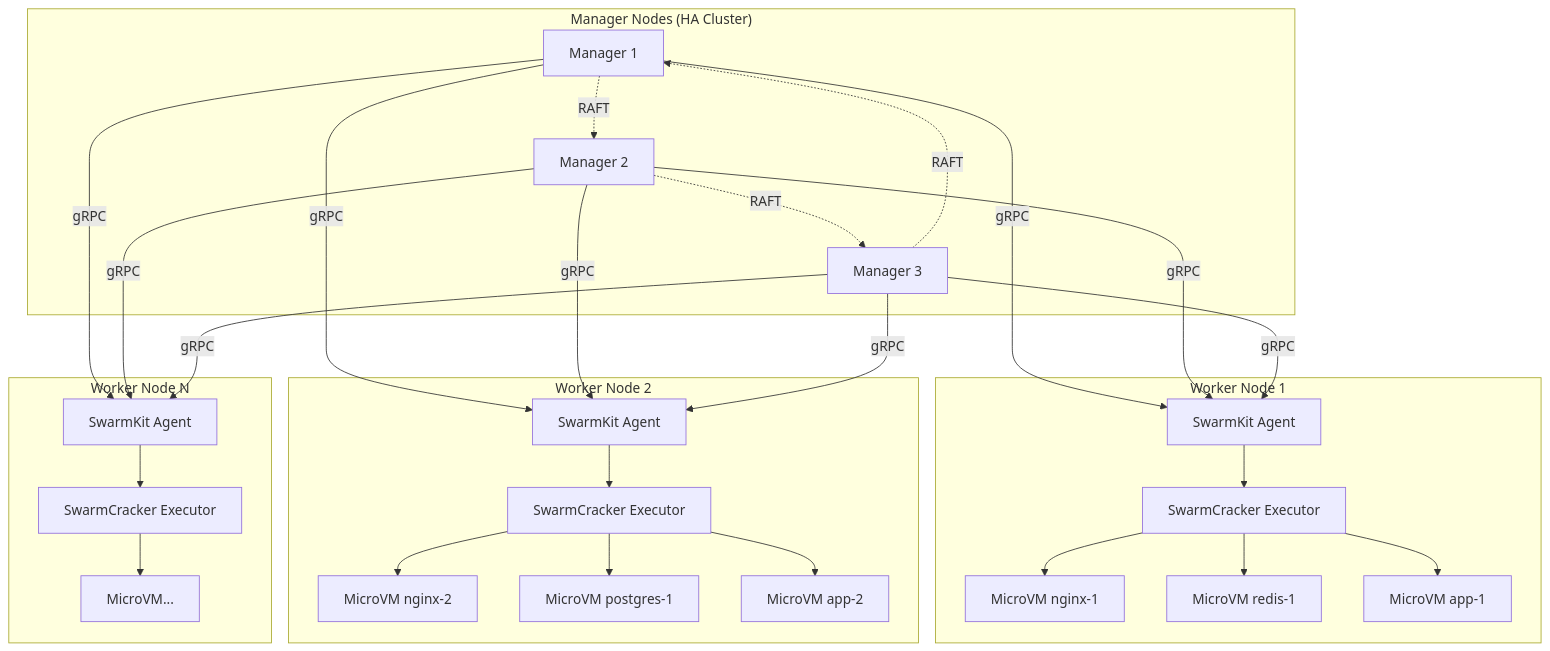
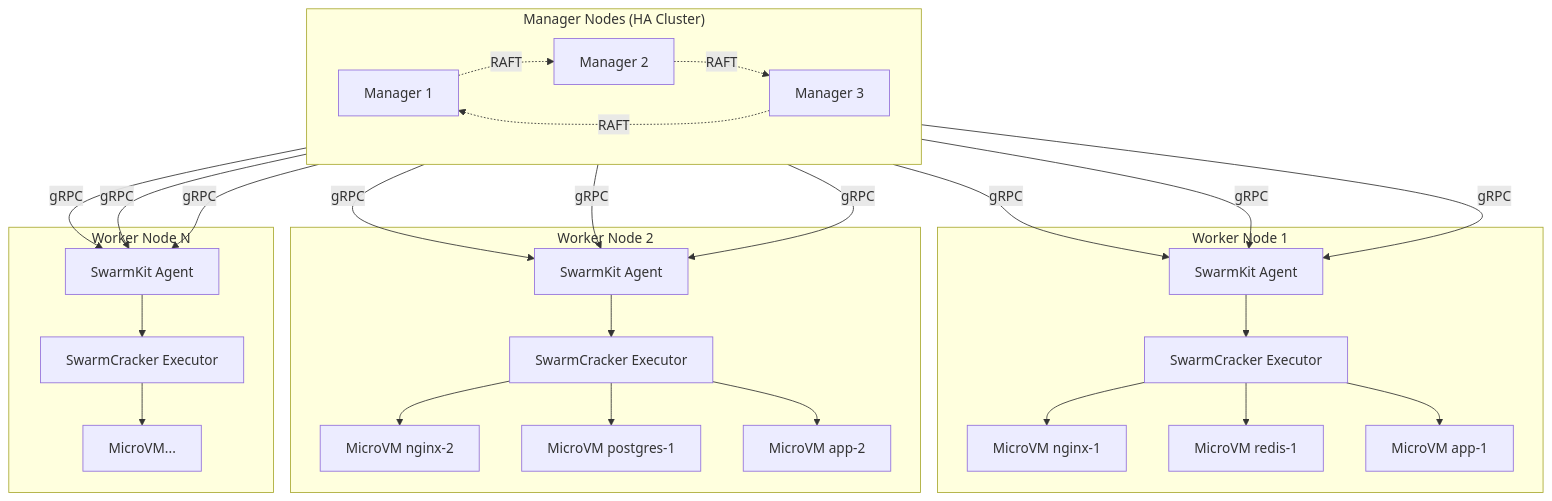
One commit to restuhaqza/SwarmCracker changed the second of 2 diagrams in README.md. Above: the diagram before and after it, drawn with Mermaid.

Commit message:
docs: fix manager node alignment in deployment diagram
- Add 'direction LR' to manager nodes subgraph
- Managers now align horizontally (left-to-right)
- Better visual representation of HA cluster layout

````diff
--- a/README.md
+++ b/README.md
@@ -66,55 +66,56 @@
 ```mermaid
 graph TB
-    subgraph "Manager Nodes (HA Cluster)"
+    subgraph MGR ["Manager Nodes (HA Cluster)"]
+        direction LR
         MGR1[Manager 1]
         MGR2[Manager 2]
         MGR3[Manager 3]
     end
 
     subgraph "Worker Node 1"
         AGENT1[SwarmKit Agent]
         EXEC1[SwarmCracker Executor]
         VM1a[MicroVM nginx-1]
         VM1b[MicroVM redis-1]
         VM1c[MicroVM app-1]
         EXEC1 --> VM1a
         EXEC1 --> VM1b
         EXEC1 --> VM1c
     end
 
     subgraph "Worker Node 2"
         AGENT2[SwarmKit Agent]
         EXEC2[SwarmCracker Executor]
         VM2a[MicroVM nginx-2]
         VM2b[MicroVM postgres-1]
         VM2c[MicroVM app-2]
         EXEC2 --> VM2a
         EXEC2 --> VM2b
         EXEC2 --> VM2c
     end
 
     subgraph "Worker Node N"
         AGENTN[SwarmKit Agent]
         EXECN[SwarmCracker Executor]
         VMNa[MicroVM...]
         EXECN --> VMNa
     end
 
     MGR1 -.->|RAFT| MGR2
     MGR2 -.->|RAFT| MGR3
     MGR3 -.->|RAFT| MGR1
 
     MGR1 -->|gRPC| AGENT1
     MGR1 -->|gRPC| AGENT2
     MGR1 -->|gRPC| AGENTN
     MGR2 -->|gRPC| AGENT1
     MGR2 -->|gRPC| AGENT2
     MGR2 -->|gRPC| AGENTN
     MGR3 -->|gRPC| AGENT1
     MGR3 -->|gRPC| AGENT2
     MGR3 -->|gRPC| AGENTN
 
     AGENT1 --> EXEC1
     AGENT2 --> EXEC2
     AGENTN --> EXECN
 ```
````
